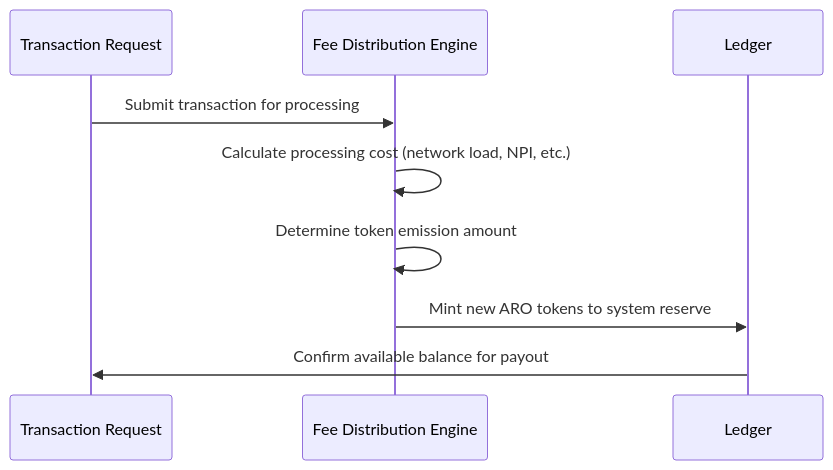
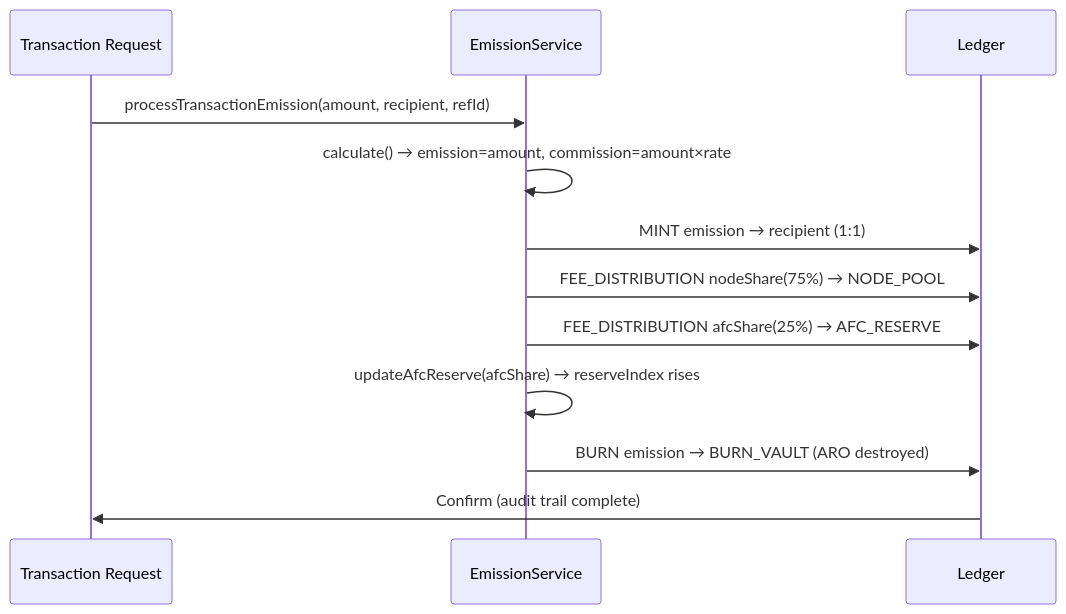
Before and after one commit to Aros-Technology-Studio/AST-Aros-Financial-Paradigm: the diagram in 01_coin_engine/aro_emission_protocol.md, drawn with Mermaid. The commit also changed other lines of this file and 3 other files, not shown here.

````diff
--- a/01_coin_engine/aro_emission_protocol.md
+++ b/01_coin_engine/aro_emission_protocol.md
@@ -25,11 +32,15 @@
 ```mermaid
 sequenceDiagram
     participant T as Transaction Request
-    participant E as Fee Distribution Engine
+    participant E as EmissionService
     participant L as Ledger
-    T->>E: Submit transaction for processing
-    E->>E: Calculate processing cost (network load, NPI, etc.)
-    E->>E: Determine token emission amount
-    E->>L: Mint new ARO tokens to system reserve
-    L->>T: Confirm available balance for payout
+
+    T->>E: processTransactionEmission(amount, recipient, refId)
+    E->>E: calculate() → emission=amount, commission=amount×rate
+    E->>L: MINT emission → recipient (1:1)
+    E->>L: FEE_DISTRIBUTION nodeShare(75%) → NODE_POOL
+    E->>L: FEE_DISTRIBUTION afcShare(25%) → AFC_RESERVE
+    E->>E: updateAfcReserve(afcShare) → reserveIndex rises
+    E->>L: BURN emission → BURN_VAULT (ARO destroyed)
+    L->>T: Confirm (audit trail complete)
 ```
````
